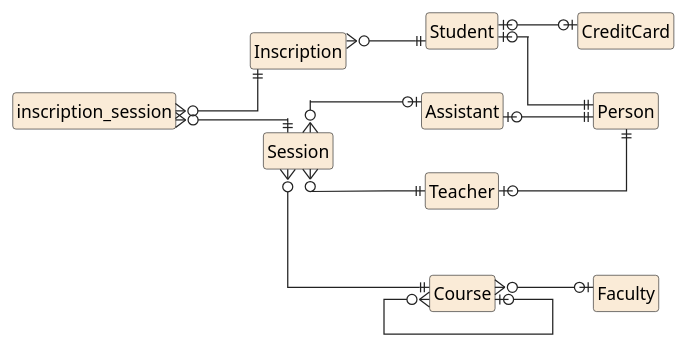
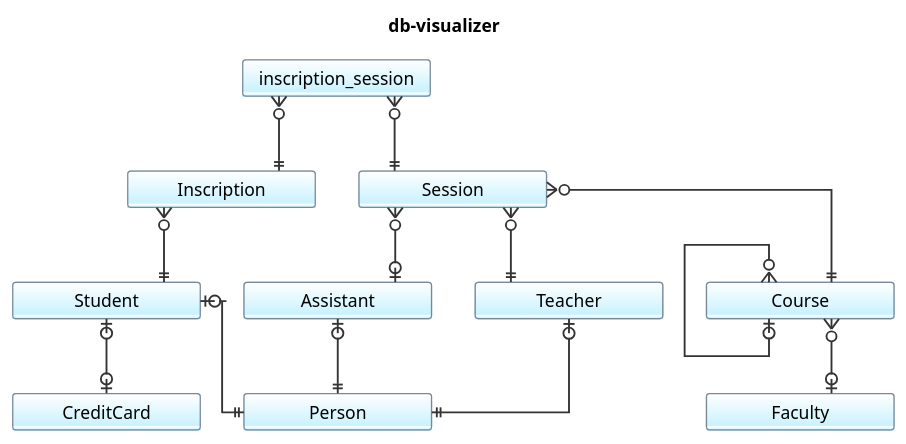
The diagram in resources/output/db-visualizer.puml (jawira/db-draw), drawn with PlantUML before and after one commit. The commit also changed 7 other files, not shown here.

Commit message:
Update diagram style

```diff
--- a/resources/output/db-visualizer.puml
+++ b/resources/output/db-visualizer.puml
@@ -1,32 +1,35 @@
 @startuml
-left to right direction
 hide empty members
 hide circle
-skinparam ClassBorderColor #222
-skinparam ArrowColor #222
-skinparam ClassBackgroundColor AntiqueWhite
-skinparam linetype ortho
-skinparam shadowing false
+skinparam ArrowColor #333
+skinparam ArrowThickness 1.5
+skinparam ClassBackgroundColor White-APPLICATION
+skinparam ClassBorderColor LightSlateGray
+skinparam ClassBorderThickness 1
+skinparam MinClassWidth 150
+skinparam LineType Ortho
+skinparam Shadowing false
+title db-visualizer
 entity Assistant { }
 entity Course { }
 entity CreditCard { }
 entity Faculty { }
 entity Inscription { }
 entity Person { }
 entity Session { }
 entity Student { }
 entity Teacher { }
 entity inscription_session { }
 Assistant |o--|| Person
 Course }o--o| Faculty
 Course }o--o| Course
 Inscription }o--|| Student
 Session }o--|| Teacher
 Session }o--|| Course
 Session }o--o| Assistant
 Student |o--o| CreditCard
 Student |o--|| Person
 Teacher |o--|| Person
 inscription_session }o--|| Inscription
 inscription_session }o--|| Session
 @enduml
```
